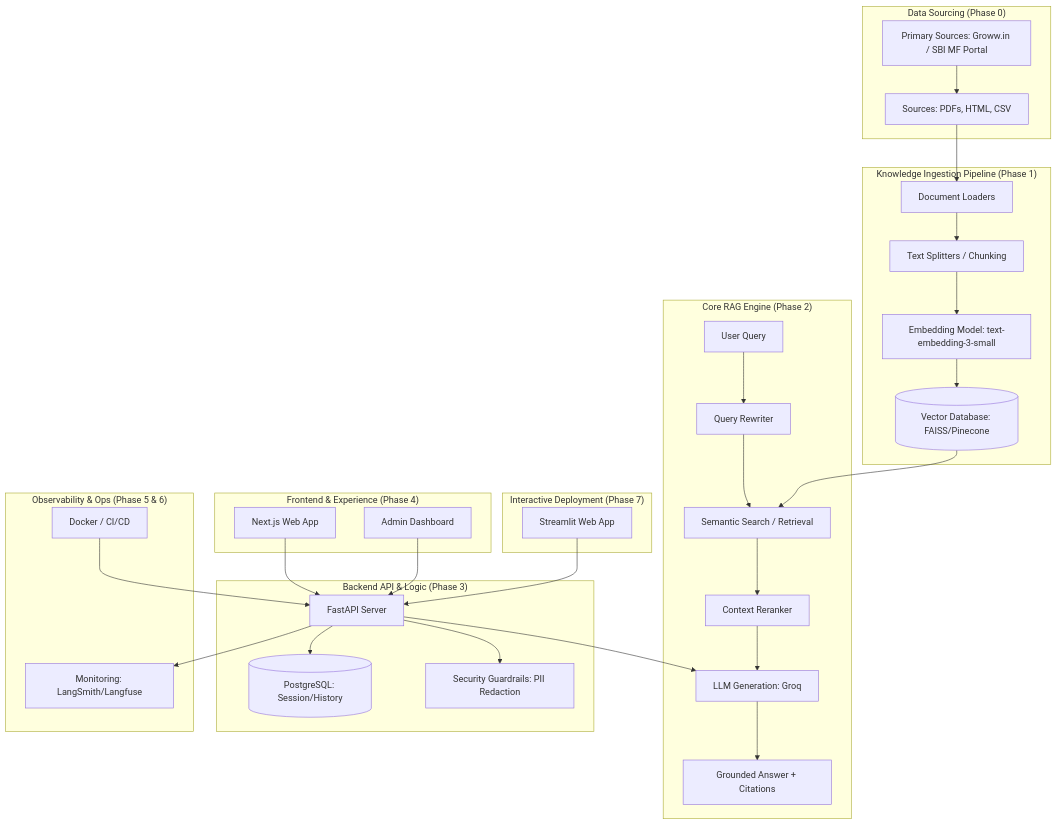
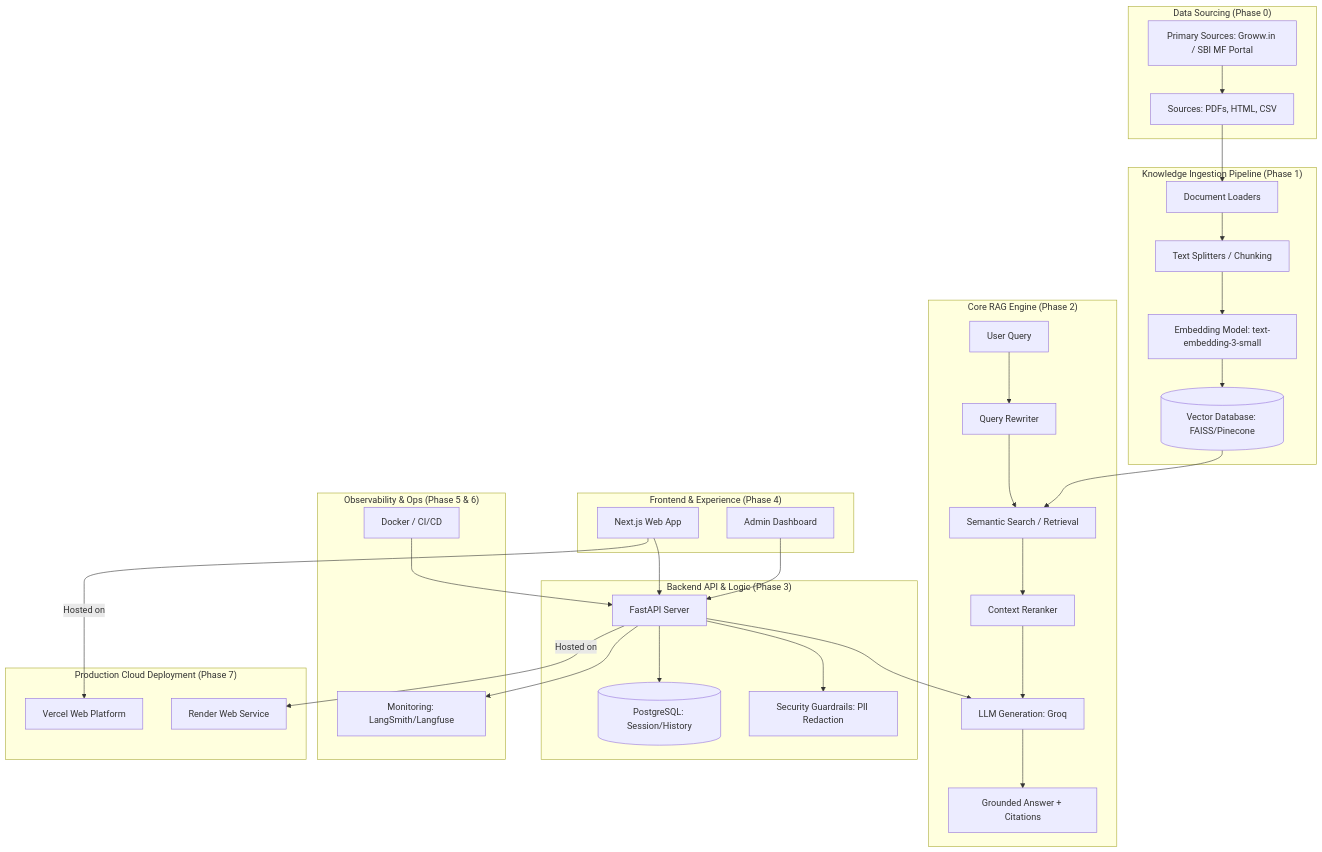
Before and after one commit to soudagarnayan2/LIP3-Milestone3: the diagram in docs/Architecture.md, drawn with Mermaid. The commit also changed other lines of this file and 5 other files, not shown here.

Commit message:
Update Phase 7 to Production Cloud Deployment (Render & Vercel) and cleanup Streamlit

````diff
--- a/docs/Architecture.md
+++ b/docs/Architecture.md
@@ -9,42 +9,43 @@
 ```mermaid
 graph TD
     subgraph "Data Sourcing (Phase 0)"
         S[Primary Sources: Groww.in / SBI MF Portal] --> A
     end
 
     subgraph "Knowledge Ingestion Pipeline (Phase 1)"
         A[Sources: PDFs, HTML, CSV] --> B[Document Loaders]
         B --> C[Text Splitters / Chunking]
         C --> D[Embedding Model: text-embedding-3-small]
         D --> E[(Vector Database: FAISS/Pinecone)]
     end
 
     subgraph "Core RAG Engine (Phase 2)"
         F[User Query] --> G[Query Rewriter]
         G --> H[Semantic Search / Retrieval]
         E --> H
         H --> I[Context Reranker]
         I --> J[LLM Generation: Groq]
         J --> K[Grounded Answer + Citations]
     end
 
     subgraph "Backend API & Logic (Phase 3)"
         L[FastAPI Server] --> J
         L --> M[(PostgreSQL: Session/History)]
         L --> N[Security Guardrails: PII Redaction]
     end
 
     subgraph "Frontend & Experience (Phase 4)"
         O[Next.js Web App] --> L
         P[Admin Dashboard] --> L
     end
 
     subgraph "Observability & Ops (Phase 5 & 6)"
         L --> Q[Monitoring: LangSmith/Langfuse]
         R[Docker / CI/CD] --> L
     end
 
-    subgraph "Interactive Deployment (Phase 7)"
-        S1[Streamlit Web App] --> L
+    subgraph "Production Cloud Deployment (Phase 7)"
+        O --> |Hosted on| V[Vercel Web Platform]
+        L --> |Hosted on| RE[Render Web Service]
     end
 ```
````
